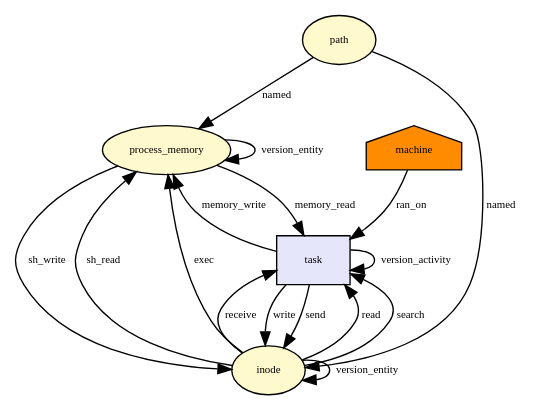
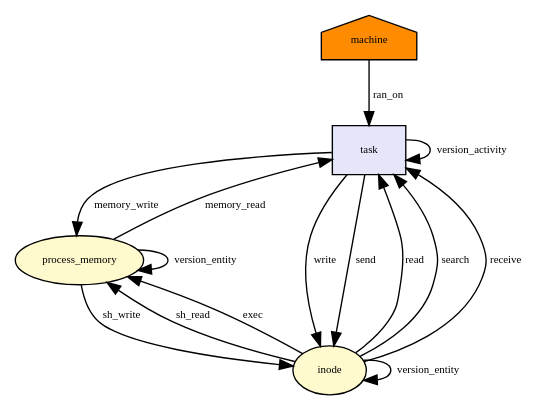
The diagram in docs/dot/file_permission.dot (CamFlow/camflow-dev), drawn with Graphviz before and after one commit. The commit also changed 276 other files, not shown here.

```diff
--- a/docs/dot/file_permission.dot
+++ b/docs/dot/file_permission.dot
@@ -1,43 +1,37 @@
-digraph RGL__DirectedAdjacencyGraph {path[fontsize = 8,label = path,shape = ellipse, fillcolor="#fffacd", style = filled]
-
-process_memory[fontsize = 8,label = process_memory,shape = ellipse, fillcolor="#fffacd", style = filled]
-
-path -> process_memory[fontsize = 8,label = named]
-
-machine[fontsize = 8,label = machine,shape = house, fillcolor="#ff8c00", style = filled]
+digraph RGL__DirectedAdjacencyGraph {machine[fontsize = 8,label = machine,shape = house, fillcolor="#ff8c00", style = filled]
 
 task[fontsize = 8,label = task,shape = rectangle, fillcolor="#e6e6fa", style = filled]
 
 machine -> task[fontsize = 8,label = ran_on]
 
-inode[fontsize = 8,label = inode,shape = ellipse, fillcolor="#fffacd", style = filled]
-
-path -> inode[fontsize = 8,label = named]
+process_memory[fontsize = 8,label = process_memory,shape = ellipse, fillcolor="#fffacd", style = filled]
 
 process_memory -> task[fontsize = 8,label = memory_read]
+
+inode[fontsize = 8,label = inode,shape = ellipse, fillcolor="#fffacd", style = filled]
 
 task -> inode[fontsize = 8,label = write]
 
 task -> task[fontsize = 8,label = version_activity]
 
 inode -> inode[fontsize = 8,label = version_entity]
 
 inode -> process_memory[fontsize = 8,label = sh_read]
 
 process_memory -> process_memory[fontsize = 8,label = version_entity]
 
 inode -> task[fontsize = 8,label = read]
 
 task -> process_memory[fontsize = 8,label = memory_write]
 
 process_memory -> inode[fontsize = 8,label = sh_write]
 
 inode -> task[fontsize = 8,label = search]
 
 task -> inode[fontsize = 8,label = send]
 
 inode -> task[fontsize = 8,label = receive]
 
 inode -> process_memory[fontsize = 8,label = exec]
 
 }
```
